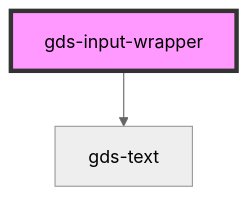
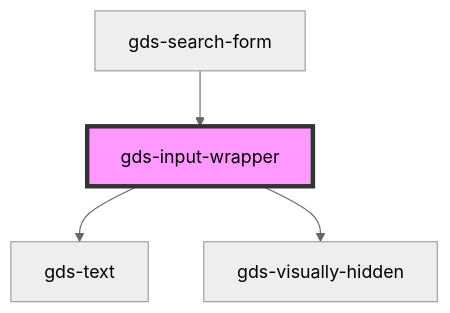
One commit to generoi/genero-design-system changed the diagram in src/components/gds-input-wrapper/readme.md. Above: the diagram before and after it, drawn with Mermaid (neutral theme). The commit also changed other lines of this file and 51 other files, not shown here.

````diff
--- a/src/components/gds-input-wrapper/readme.md
+++ b/src/components/gds-input-wrapper/readme.md
@@ -23,5 +29,7 @@
 ```mermaid
 graph TD;
   gds-input-wrapper --> gds-text
+  gds-input-wrapper --> gds-visually-hidden
+  gds-search-form --> gds-input-wrapper
   style gds-input-wrapper fill:#f9f,stroke:#333,stroke-width:4px
 ```
````
